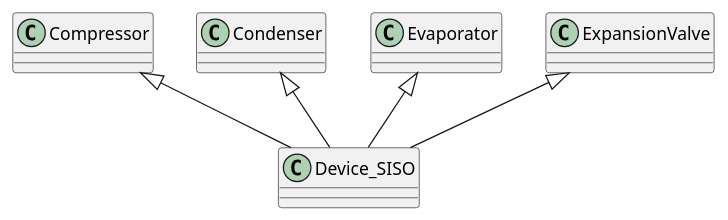
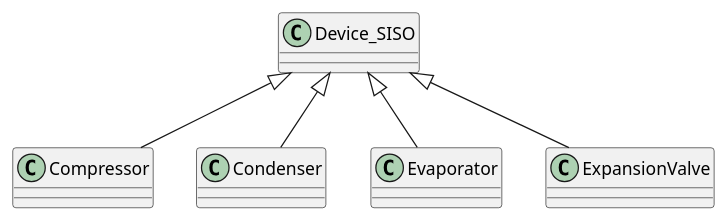
Before and after one commit to thermalogic/SimVCCE: the fifth of 7 diagrams in doc/PlantUML_Class_VCCE.md, drawn with PlantUML. The commit also changed other lines of this file and 12 other files, not shown here.

Commit message:
update fig

````diff
--- a/doc/PlantUML_Class_VCCE.md
+++ b/doc/PlantUML_Class_VCCE.md
@@ -173,6 +173,6 @@
 ```puml
-Compressor <|-- Device_SISO  
-Condenser <|-- Device_SISO  
-Evaporator <|-- Device_SISO  
-ExpansionValve <|-- Device_SISO  
+Device_SISO  <|--Compressor  
+Device_SISO  <|-- Condenser  
+Device_SISO <|-- Evaporator   
+Device_SISO  <|-- ExpansionValve  
 ```
````
